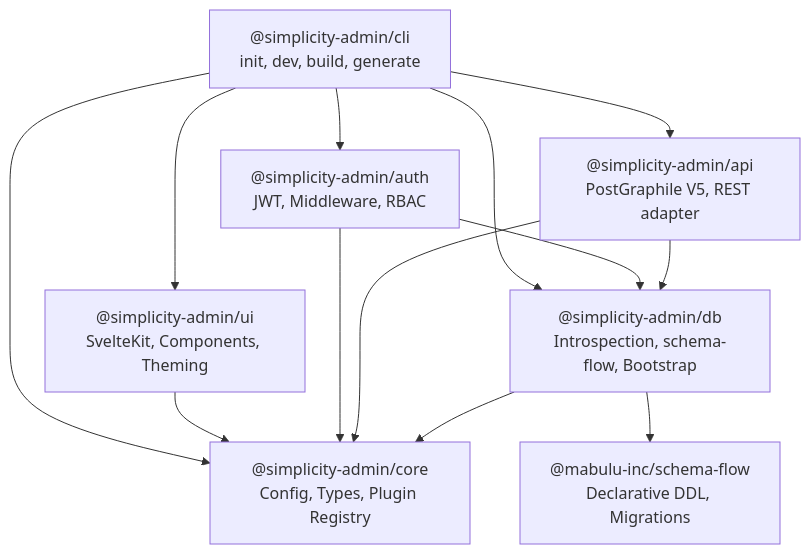
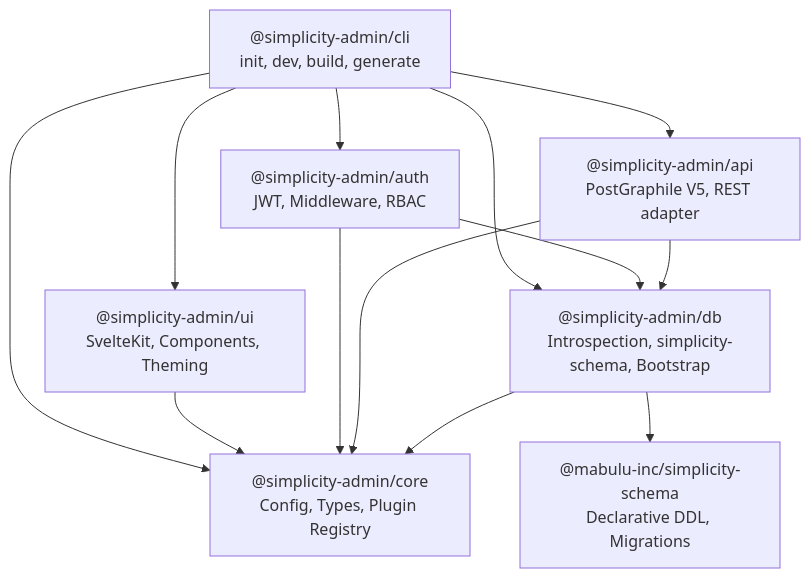
Before and after one commit to mabulu-inc/simplicity-admin: the diagram in docs/ARCHITECTURE.md, drawn with Mermaid. The commit also changed other lines of this file and 40 other files, not shown here.

First line of the commit message:
Switch from schema-flow to simplicity-schema, add Svelte 5 conventions, create T-089/T-090

````diff
--- a/docs/ARCHITECTURE.md
+++ b/docs/ARCHITECTURE.md
@@ -46,23 +46,23 @@
 ```mermaid
 graph TD
     CORE["@simplicity-admin/core<br/>Config, Types, Plugin Registry"]
-    DB["@simplicity-admin/db<br/>Introspection, schema-flow, Bootstrap"]
+    DB["@simplicity-admin/db<br/>Introspection, simplicity-schema, Bootstrap"]
     API["@simplicity-admin/api<br/>PostGraphile V5, REST adapter"]
     AUTH["@simplicity-admin/auth<br/>JWT, Middleware, RBAC"]
     UI["@simplicity-admin/ui<br/>SvelteKit, Components, Theming"]
     CLI["@simplicity-admin/cli<br/>init, dev, build, generate"]
-    SF["@mabulu-inc/schema-flow<br/>Declarative DDL, Migrations"]
+    SF["@mabulu-inc/simplicity-schema<br/>Declarative DDL, Migrations"]
 
     DB --> CORE
     DB --> SF
     API --> CORE
     API --> DB
     AUTH --> CORE
     AUTH --> DB
     UI --> CORE
     CLI --> CORE
     CLI --> DB
     CLI --> API
     CLI --> AUTH
     CLI --> UI
 ```
````
